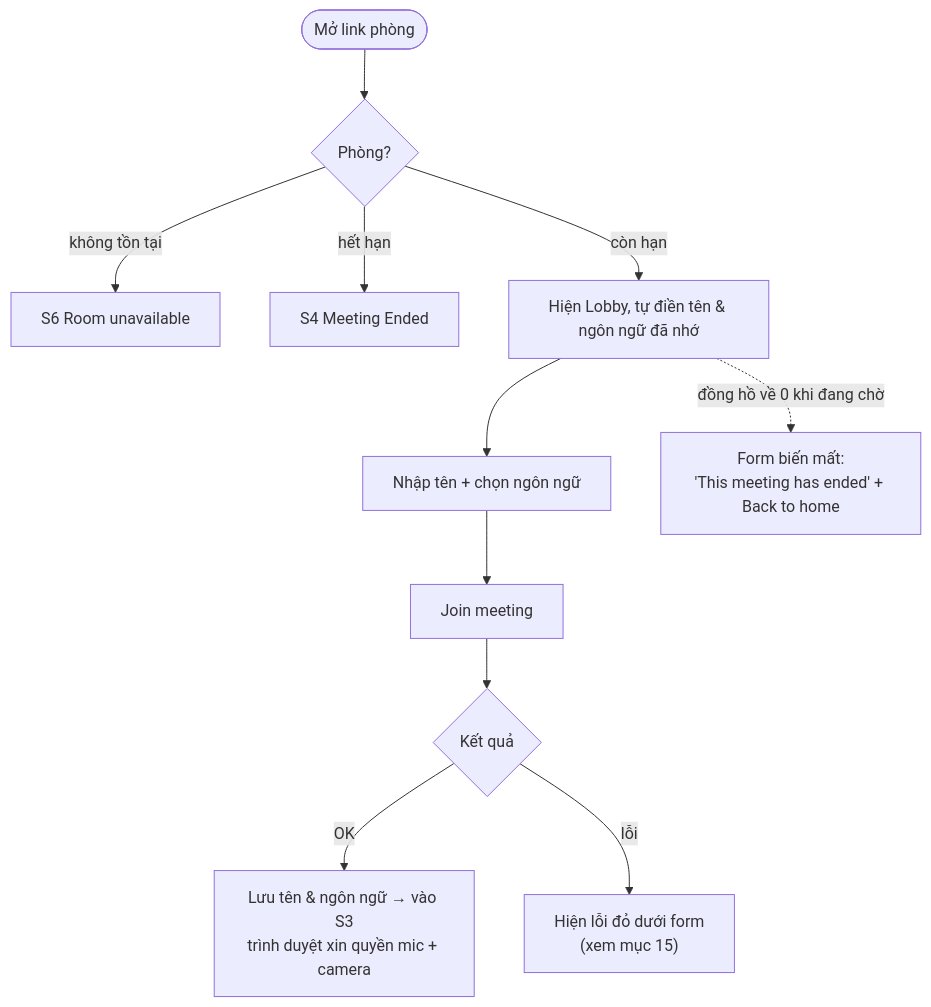
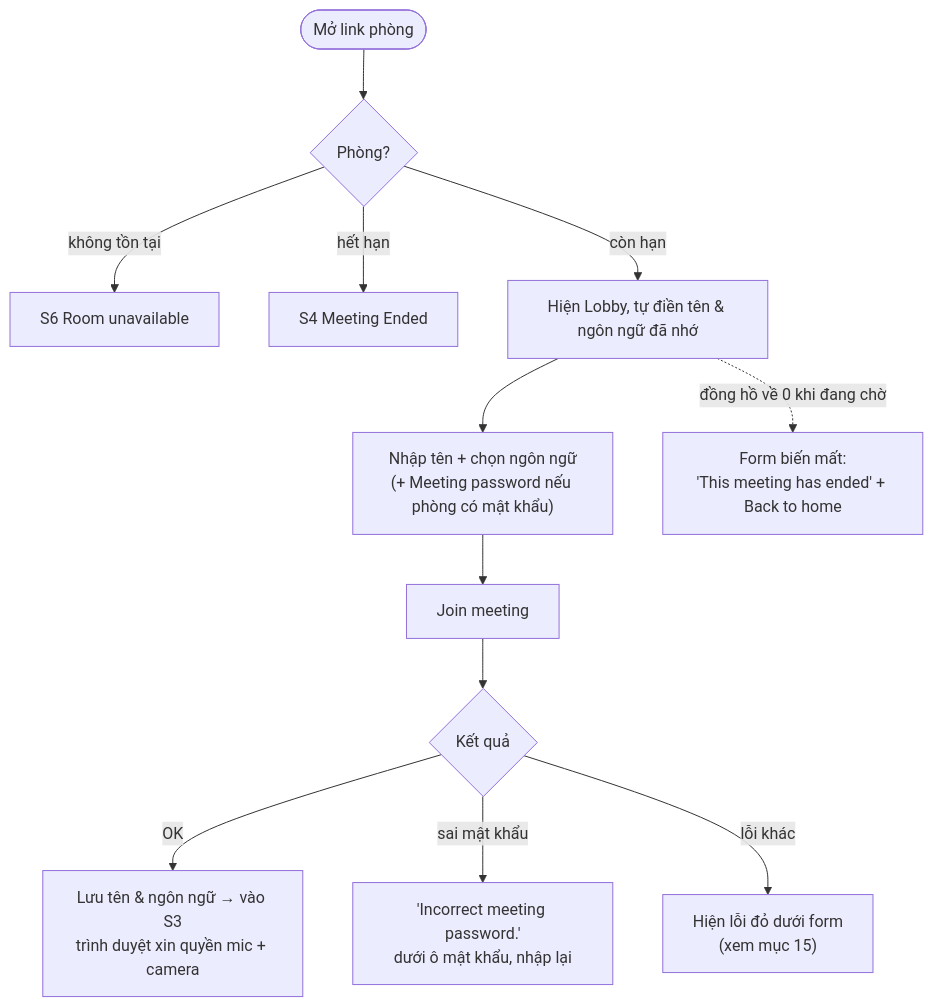
Before and after one commit to Huy-8bit/MeetQ: the fourth of 8 diagrams in docs/system-design/03-product-features-and-workflows.md, drawn with Mermaid. The commit also changed other lines of this file and 13 other files, not shown here.

````diff
--- a/docs/system-design/03-product-features-and-workflows.md
+++ b/docs/system-design/03-product-features-and-workflows.md
@@ -345,13 +372,14 @@
 ```mermaid
 flowchart TD
     A(["Mở link phòng"]) --> B{"Phòng?"}
     B -- "không tồn tại" --> X["S6 Room unavailable"]
     B -- "hết hạn" --> Y["S4 Meeting Ended"]
     B -- "còn hạn" --> C["Hiện Lobby, tự điền tên & ngôn ngữ đã nhớ"]
-    C --> D["Nhập tên + chọn ngôn ngữ"]
+    C --> D["Nhập tên + chọn ngôn ngữ<br/>(+ Meeting password nếu phòng có mật khẩu)"]
     D --> E["Join meeting"]
     E --> F{"Kết quả"}
     F -- "OK" --> G["Lưu tên & ngôn ngữ → vào S3<br/>trình duyệt xin quyền mic + camera"]
-    F -- "lỗi" --> H["Hiện lỗi đỏ dưới form<br/>(xem mục 15)"]
+    F -- "sai mật khẩu" --> W["'Incorrect meeting password.'<br/>dưới ô mật khẩu, nhập lại"]
+    F -- "lỗi khác" --> H["Hiện lỗi đỏ dưới form<br/>(xem mục 15)"]
     C -. "đồng hồ về 0 khi đang chờ" .-> Z["Form biến mất:<br/>'This meeting has ended' + Back to home"]
 ```
````
